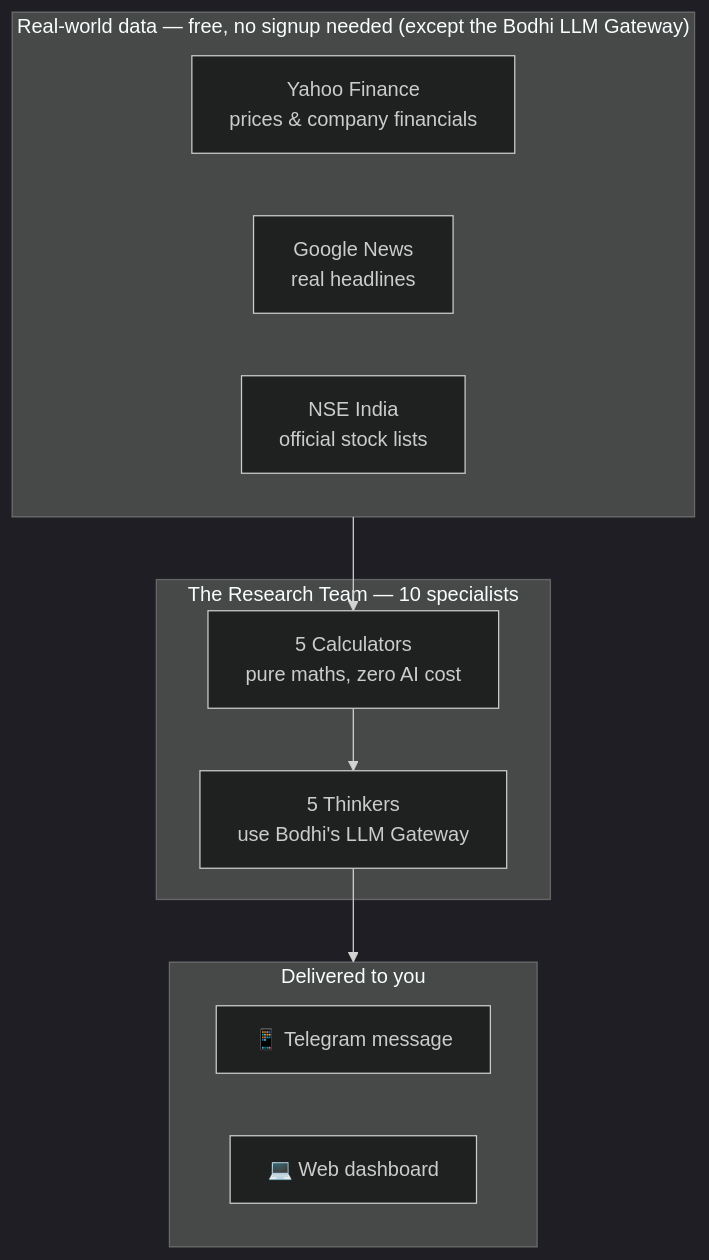
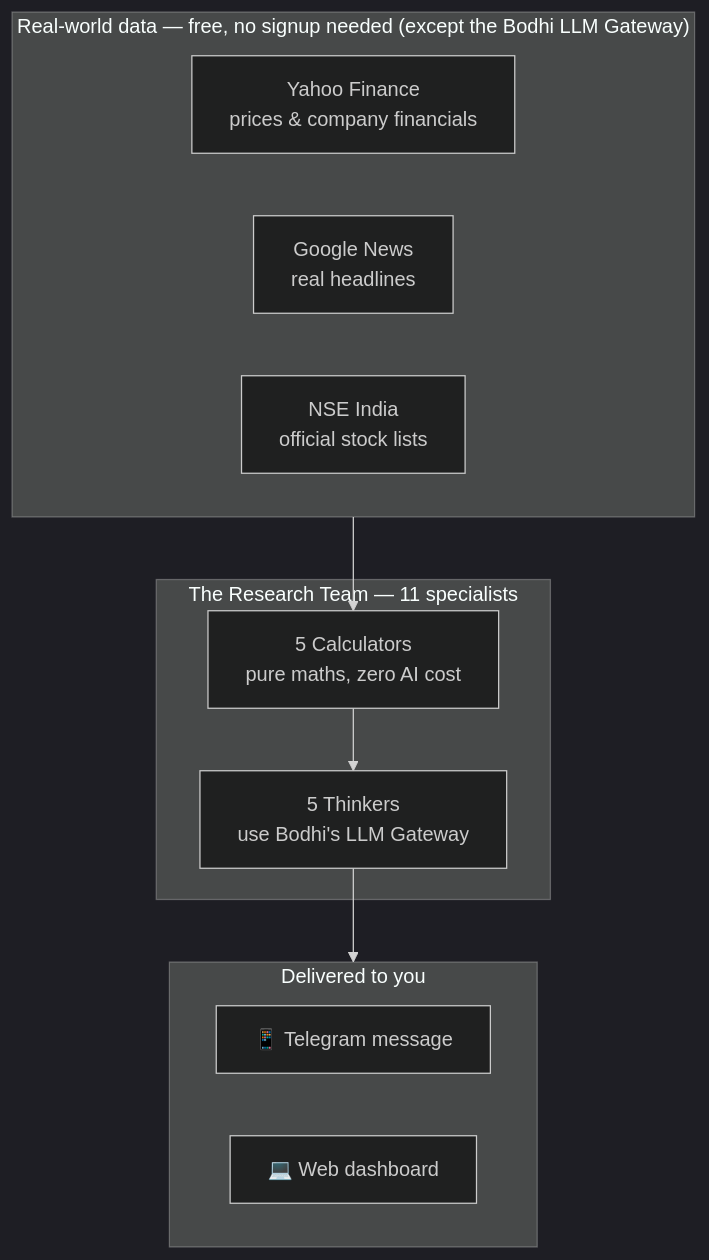
Before and after one commit to Diksha20Bhatia/ai-equity-analyst: the second of 4 diagrams in PROJECT_OVERVIEW.md, drawn with Mermaid (dark theme). The commit also changed other lines of this file and 9 other files, not shown here.

````diff
--- a/PROJECT_OVERVIEW.md
+++ b/PROJECT_OVERVIEW.md
@@ -29,20 +29,20 @@
 ```mermaid
 flowchart TB
     subgraph Inputs["Real-world data — free, no signup needed (except the Bodhi LLM Gateway)"]
         YF["Yahoo Finance<br/>prices & company financials"]
         GN["Google News<br/>real headlines"]
         NSE["NSE India<br/>official stock lists"]
     end
 
-    subgraph Team["The Research Team — 10 specialists"]
+    subgraph Team["The Research Team — 11 specialists"]
         Calc["5 Calculators<br/>pure maths, zero AI cost"]
         Think["5 Thinkers<br/>use Bodhi's LLM Gateway"]
     end
 
     subgraph Outputs["Delivered to you"]
         TG["📱 Telegram message"]
         Dash["💻 Web dashboard"]
     end
 
     Inputs --> Calc --> Think --> Outputs
 ```
````
